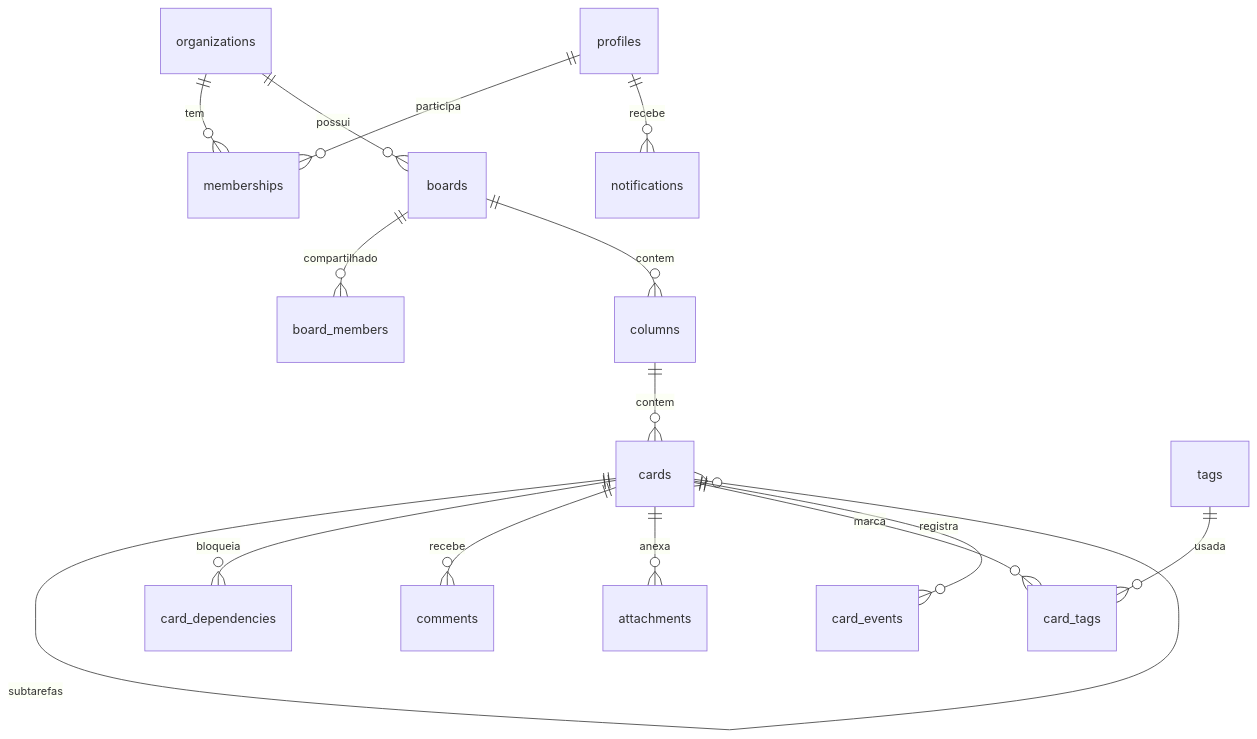
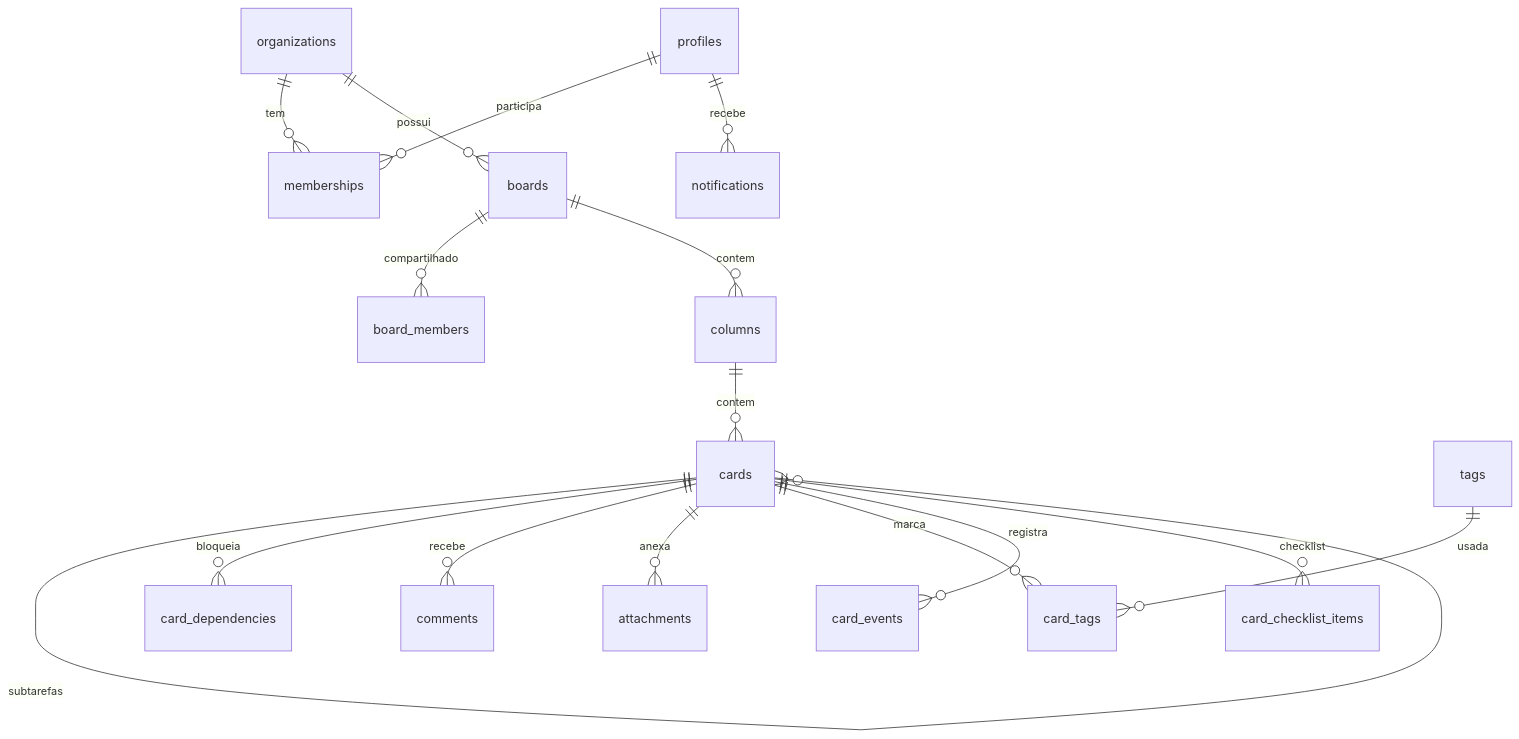
One commit to jeannascimento-avstecnologia/Planner changed the diagram in docs/30-data/erd.md. Above: the diagram before and after it, drawn with Mermaid. The commit also changed other lines of this file and 143 other files, not shown here.

````diff
--- a/docs/30-data/erd.md
+++ b/docs/30-data/erd.md
@@ -7,17 +7,18 @@
 ```mermaid
 erDiagram
   organizations ||--o{ memberships : tem
   organizations ||--o{ boards : possui
   profiles ||--o{ memberships : participa
   boards ||--o{ board_members : compartilhado
   boards ||--o{ columns : contem
   columns ||--o{ cards : contem
   cards ||--o{ cards : subtarefas
   cards ||--o{ card_dependencies : bloqueia
   cards ||--o{ comments : recebe
   cards ||--o{ attachments : anexa
   cards ||--o{ card_tags : marca
   tags ||--o{ card_tags : usada
   cards ||--o{ card_events : registra
+  cards ||--o{ card_checklist_items : checklist
   profiles ||--o{ notifications : recebe
 ```
````
